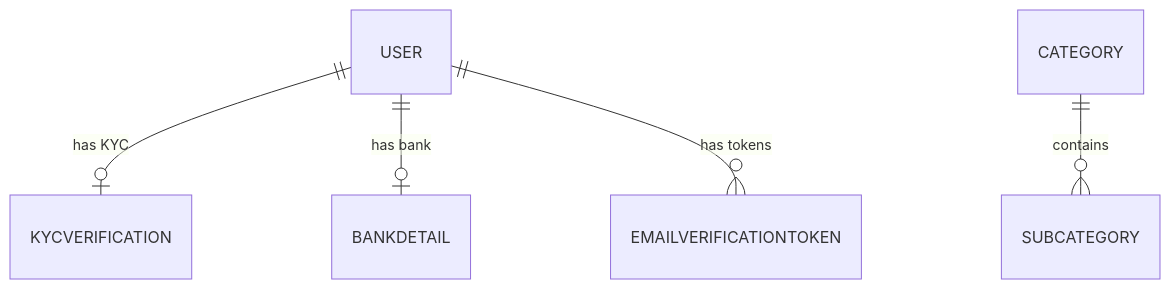
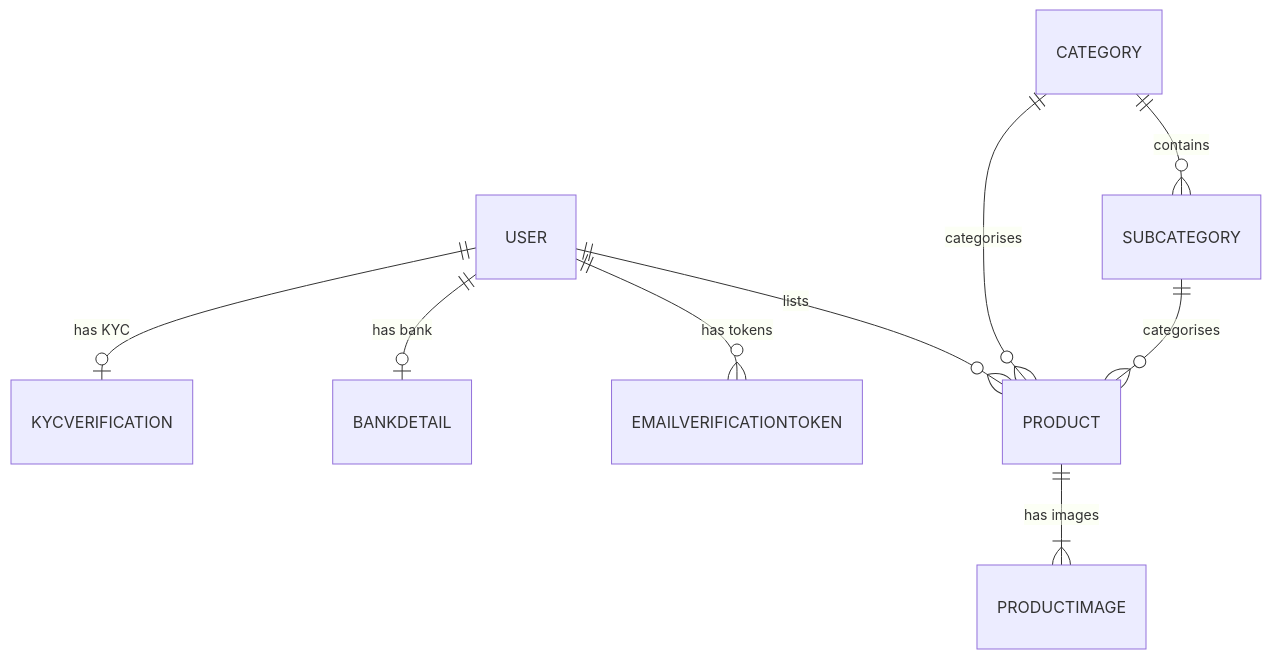
Before and after one commit to PRASESH1999/nestjs-bids-bazar-api: the first of 2 diagrams in docs/database-schema.md, drawn with Mermaid. The commit also changed other lines of this file and 173 other files, not shown here.

````diff
--- a/docs/database-schema.md
+++ b/docs/database-schema.md
@@ -12,7 +12,11 @@
 ```mermaid
 erDiagram
     USER ||--o| KYCVERIFICATION : "has KYC"
     USER ||--o| BANKDETAIL : "has bank"
     USER ||--o{ EMAILVERIFICATIONTOKEN : "has tokens"
+    USER ||--o{ PRODUCT : "lists"
     CATEGORY ||--o{ SUBCATEGORY : "contains"
+    CATEGORY ||--o{ PRODUCT : "categorises"
+    SUBCATEGORY ||--o{ PRODUCT : "categorises"
+    PRODUCT ||--|{ PRODUCTIMAGE : "has images"
 ```
````
